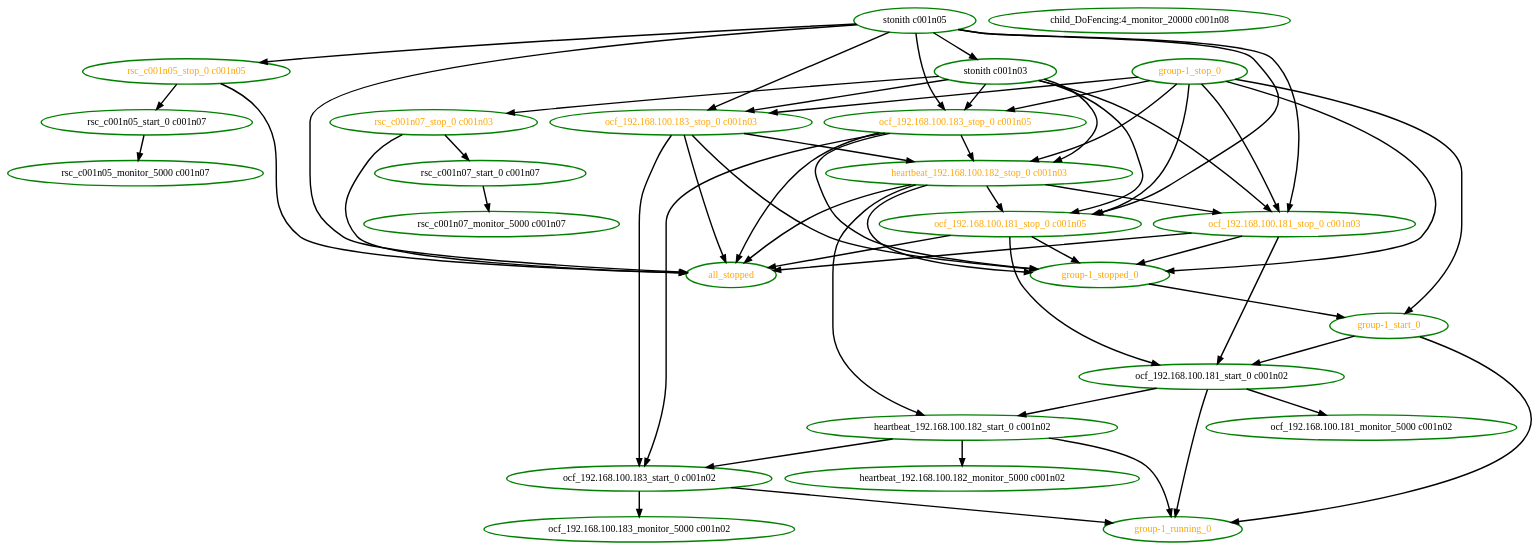
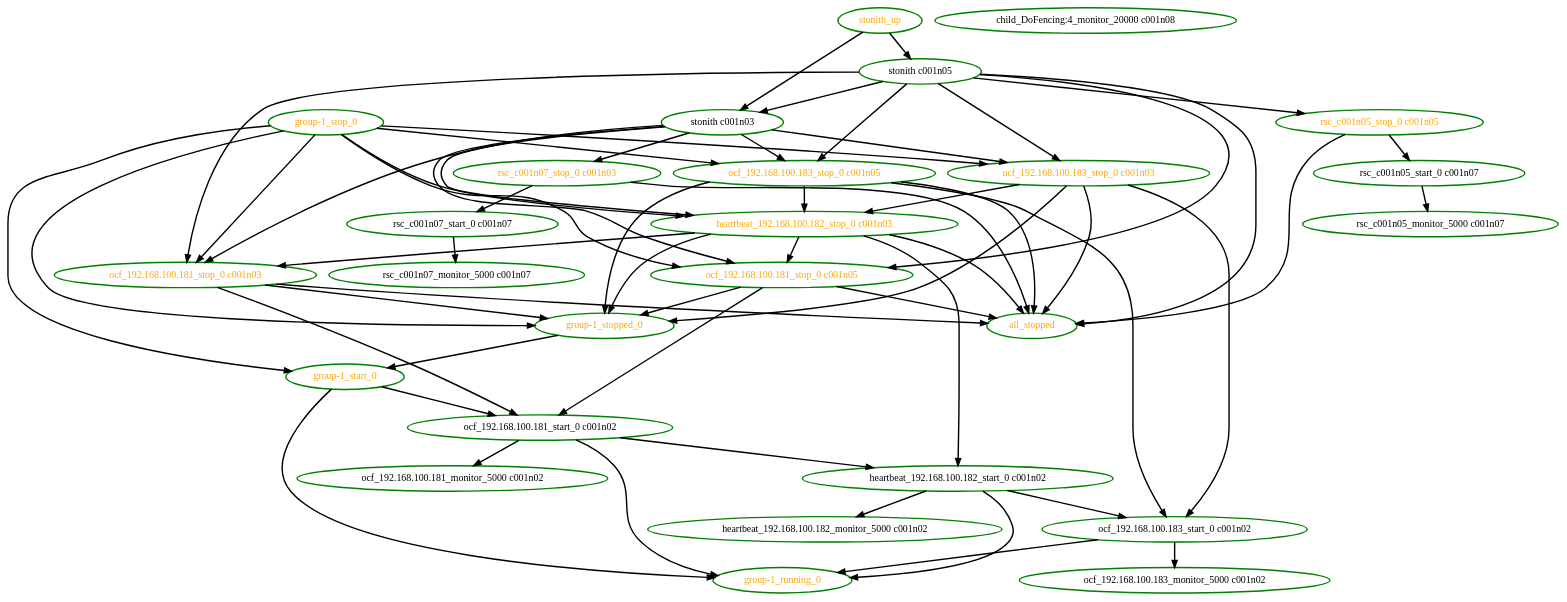
The diagram in crm/pengine/testcases/stonith-0.dot (richiewen8/heartbeat), drawn with Graphviz before and after one commit. The commit also changed 33 other files, not shown here.

```diff
--- a/crm/pengine/testcases/stonith-0.dot
+++ b/crm/pengine/testcases/stonith-0.dot
@@ -1,83 +1,86 @@
  digraph "g" {
 "all_stopped" [ style=bold color="green" fontcolor="orange"  ]
 "child_DoFencing:4_monitor_20000 c001n08" [ style=bold color="green" fontcolor="black" ]
 "group-1_running_0" [ style=bold color="green" fontcolor="orange" ]
 "group-1_start_0" -> "group-1_running_0" [ style = bold]
 "group-1_start_0" -> "ocf_192.168.100.181_start_0 c001n02" [ style = bold]
 "group-1_start_0" [ style=bold color="green" fontcolor="orange" ]
 "group-1_stop_0" -> "group-1_start_0" [ style = bold]
 "group-1_stop_0" -> "group-1_stopped_0" [ style = bold]
 "group-1_stop_0" -> "heartbeat_192.168.100.182_stop_0 c001n03" [ style = bold]
 "group-1_stop_0" -> "ocf_192.168.100.181_stop_0 c001n03" [ style = bold]
 "group-1_stop_0" -> "ocf_192.168.100.181_stop_0 c001n05" [ style = bold]
 "group-1_stop_0" -> "ocf_192.168.100.183_stop_0 c001n03" [ style = bold]
 "group-1_stop_0" -> "ocf_192.168.100.183_stop_0 c001n05" [ style = bold]
 "group-1_stop_0" [ style=bold color="green" fontcolor="orange" ]
 "group-1_stopped_0" -> "group-1_start_0" [ style = bold]
 "group-1_stopped_0" [ style=bold color="green" fontcolor="orange" ]
 "heartbeat_192.168.100.182_monitor_5000 c001n02" [ style=bold color="green" fontcolor="black" ]
 "heartbeat_192.168.100.182_start_0 c001n02" -> "group-1_running_0" [ style = bold]
 "heartbeat_192.168.100.182_start_0 c001n02" -> "heartbeat_192.168.100.182_monitor_5000 c001n02" [ style = bold]
 "heartbeat_192.168.100.182_start_0 c001n02" -> "ocf_192.168.100.183_start_0 c001n02" [ style = bold]
 "heartbeat_192.168.100.182_start_0 c001n02" [ style=bold color="green" fontcolor="black" ]
 "heartbeat_192.168.100.182_stop_0 c001n03" -> "all_stopped" [ style = bold]
 "heartbeat_192.168.100.182_stop_0 c001n03" -> "group-1_stopped_0" [ style = bold]
 "heartbeat_192.168.100.182_stop_0 c001n03" -> "heartbeat_192.168.100.182_start_0 c001n02" [ style = bold]
 "heartbeat_192.168.100.182_stop_0 c001n03" -> "ocf_192.168.100.181_stop_0 c001n03" [ style = bold]
 "heartbeat_192.168.100.182_stop_0 c001n03" -> "ocf_192.168.100.181_stop_0 c001n05" [ style = bold]
 "heartbeat_192.168.100.182_stop_0 c001n03" [ style=bold color="green" fontcolor="orange"  ]
 "ocf_192.168.100.181_monitor_5000 c001n02" [ style=bold color="green" fontcolor="black" ]
 "ocf_192.168.100.181_start_0 c001n02" -> "group-1_running_0" [ style = bold]
 "ocf_192.168.100.181_start_0 c001n02" -> "heartbeat_192.168.100.182_start_0 c001n02" [ style = bold]
 "ocf_192.168.100.181_start_0 c001n02" -> "ocf_192.168.100.181_monitor_5000 c001n02" [ style = bold]
 "ocf_192.168.100.181_start_0 c001n02" [ style=bold color="green" fontcolor="black" ]
 "ocf_192.168.100.181_stop_0 c001n03" -> "all_stopped" [ style = bold]
 "ocf_192.168.100.181_stop_0 c001n03" -> "group-1_stopped_0" [ style = bold]
 "ocf_192.168.100.181_stop_0 c001n03" -> "ocf_192.168.100.181_start_0 c001n02" [ style = bold]
 "ocf_192.168.100.181_stop_0 c001n03" [ style=bold color="green" fontcolor="orange"  ]
 "ocf_192.168.100.181_stop_0 c001n05" -> "all_stopped" [ style = bold]
 "ocf_192.168.100.181_stop_0 c001n05" -> "group-1_stopped_0" [ style = bold]
 "ocf_192.168.100.181_stop_0 c001n05" -> "ocf_192.168.100.181_start_0 c001n02" [ style = bold]
 "ocf_192.168.100.181_stop_0 c001n05" [ style=bold color="green" fontcolor="orange"  ]
 "ocf_192.168.100.183_monitor_5000 c001n02" [ style=bold color="green" fontcolor="black" ]
 "ocf_192.168.100.183_start_0 c001n02" -> "group-1_running_0" [ style = bold]
 "ocf_192.168.100.183_start_0 c001n02" -> "ocf_192.168.100.183_monitor_5000 c001n02" [ style = bold]
 "ocf_192.168.100.183_start_0 c001n02" [ style=bold color="green" fontcolor="black" ]
 "ocf_192.168.100.183_stop_0 c001n03" -> "all_stopped" [ style = bold]
 "ocf_192.168.100.183_stop_0 c001n03" -> "group-1_stopped_0" [ style = bold]
 "ocf_192.168.100.183_stop_0 c001n03" -> "heartbeat_192.168.100.182_stop_0 c001n03" [ style = bold]
 "ocf_192.168.100.183_stop_0 c001n03" -> "ocf_192.168.100.183_start_0 c001n02" [ style = bold]
 "ocf_192.168.100.183_stop_0 c001n03" [ style=bold color="green" fontcolor="orange" ]
 "ocf_192.168.100.183_stop_0 c001n05" -> "all_stopped" [ style = bold]
 "ocf_192.168.100.183_stop_0 c001n05" -> "group-1_stopped_0" [ style = bold]
 "ocf_192.168.100.183_stop_0 c001n05" -> "heartbeat_192.168.100.182_stop_0 c001n03" [ style = bold]
 "ocf_192.168.100.183_stop_0 c001n05" -> "ocf_192.168.100.183_start_0 c001n02" [ style = bold]
 "ocf_192.168.100.183_stop_0 c001n05" [ style=bold color="green" fontcolor="orange" ]
 "rsc_c001n05_monitor_5000 c001n07" [ style=bold color="green" fontcolor="black" ]
 "rsc_c001n05_start_0 c001n07" -> "rsc_c001n05_monitor_5000 c001n07" [ style = bold]
 "rsc_c001n05_start_0 c001n07" [ style=bold color="green" fontcolor="black" ]
 "rsc_c001n05_stop_0 c001n05" -> "all_stopped" [ style = bold]
 "rsc_c001n05_stop_0 c001n05" -> "rsc_c001n05_start_0 c001n07" [ style = bold]
 "rsc_c001n05_stop_0 c001n05" [ style=bold color="green" fontcolor="orange" ]
 "rsc_c001n07_monitor_5000 c001n07" [ style=bold color="green" fontcolor="black" ]
 "rsc_c001n07_start_0 c001n07" -> "rsc_c001n07_monitor_5000 c001n07" [ style = bold]
 "rsc_c001n07_start_0 c001n07" [ style=bold color="green" fontcolor="black" ]
 "rsc_c001n07_stop_0 c001n03" -> "all_stopped" [ style = bold]
 "rsc_c001n07_stop_0 c001n03" -> "rsc_c001n07_start_0 c001n07" [ style = bold]
 "rsc_c001n07_stop_0 c001n03" [ style=bold color="green" fontcolor="orange" ]
 "stonith c001n03" -> "heartbeat_192.168.100.182_stop_0 c001n03" [ style = bold]
 "stonith c001n03" -> "ocf_192.168.100.181_stop_0 c001n03" [ style = bold]
 "stonith c001n03" -> "ocf_192.168.100.181_stop_0 c001n05" [ style = bold]
 "stonith c001n03" -> "ocf_192.168.100.183_stop_0 c001n03" [ style = bold]
 "stonith c001n03" -> "ocf_192.168.100.183_stop_0 c001n05" [ style = bold]
 "stonith c001n03" -> "rsc_c001n07_stop_0 c001n03" [ style = bold]
 "stonith c001n03" [ style=bold color="green" fontcolor="black" ]
 "stonith c001n05" -> "all_stopped" [ style = bold]
 "stonith c001n05" -> "ocf_192.168.100.181_stop_0 c001n03" [ style = bold]
 "stonith c001n05" -> "ocf_192.168.100.181_stop_0 c001n05" [ style = bold]
 "stonith c001n05" -> "ocf_192.168.100.183_stop_0 c001n03" [ style = bold]
 "stonith c001n05" -> "ocf_192.168.100.183_stop_0 c001n05" [ style = bold]
 "stonith c001n05" -> "rsc_c001n05_stop_0 c001n05" [ style = bold]
 "stonith c001n05" -> "stonith c001n03" [ style = bold]
 "stonith c001n05" [ style=bold color="green" fontcolor="black" ]
+"stonith_up" -> "stonith c001n03" [ style = bold]
+"stonith_up" -> "stonith c001n05" [ style = bold]
+"stonith_up" [ style=bold color="green" fontcolor="orange"  ]
 }
```
